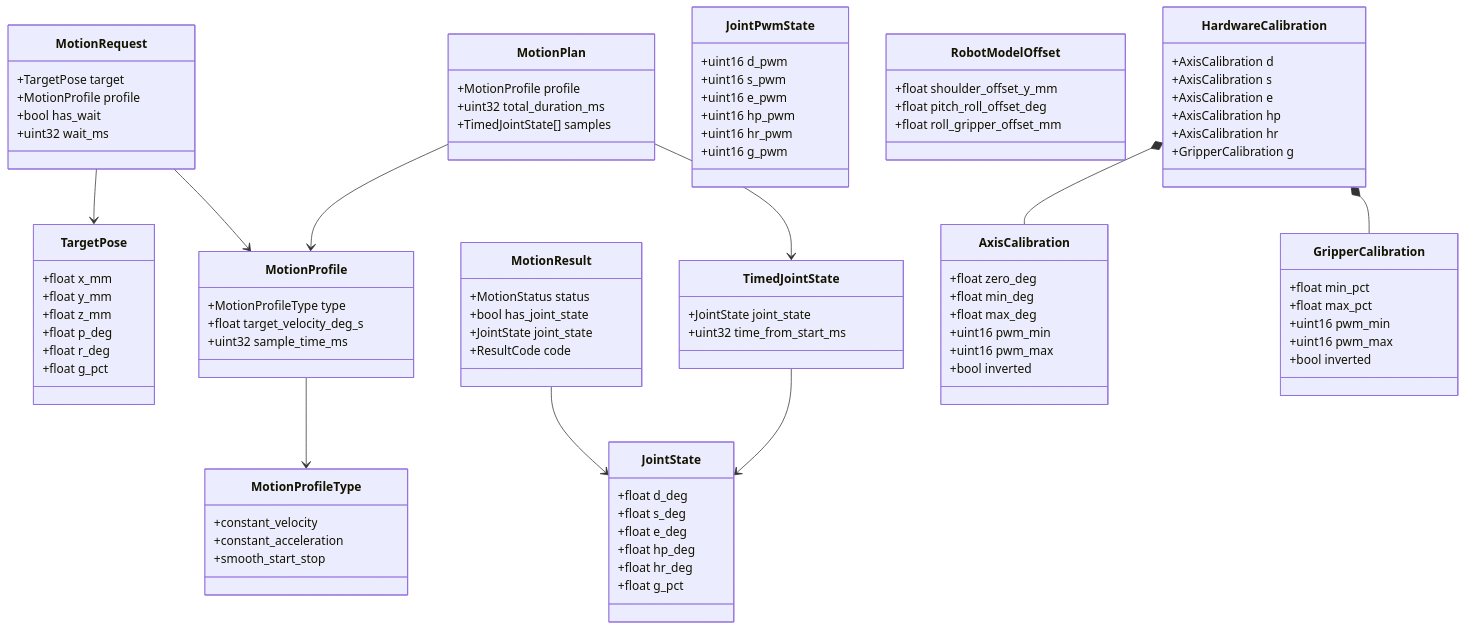
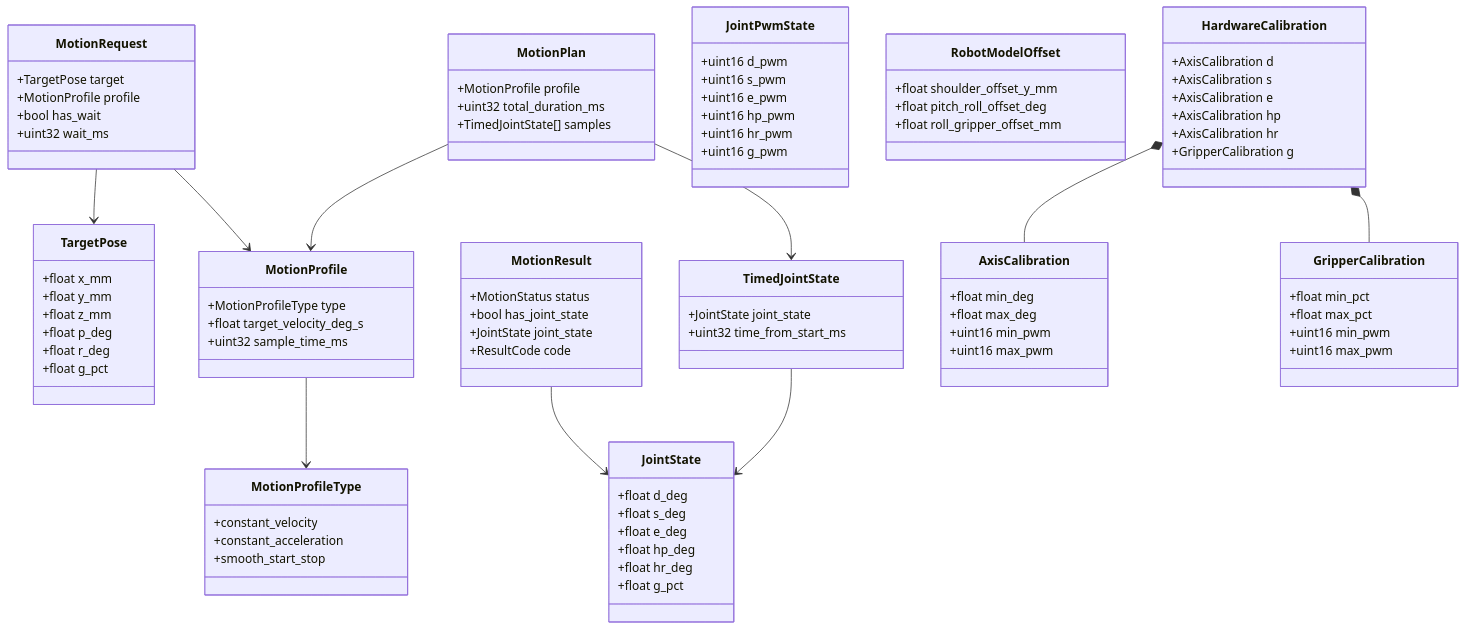
One commit to butz1999/inverse_kinematik changed the first of 13 diagrams in doc/sw/software.md. Above: the diagram before and after it, drawn with Mermaid. The commit also changed other lines of this file and 9 other files, not shown here.

```diff
--- a/doc/sw/software.md
+++ b/doc/sw/software.md
@@ -309,20 +309,17 @@
     }
 
     class AxisCalibration {
-        +float zero_deg
         +float min_deg
         +float max_deg
-        +uint16 pwm_min
-        +uint16 pwm_max
-        +bool inverted
+        +uint16 min_pwm
+        +uint16 max_pwm
     }
 
     class GripperCalibration {
         +float min_pct
         +float max_pct
-        +uint16 pwm_min
-        +uint16 pwm_max
-        +bool inverted
+        +uint16 min_pwm
+        +uint16 max_pwm
     }
 
     MotionRequest --> TargetPose
```
